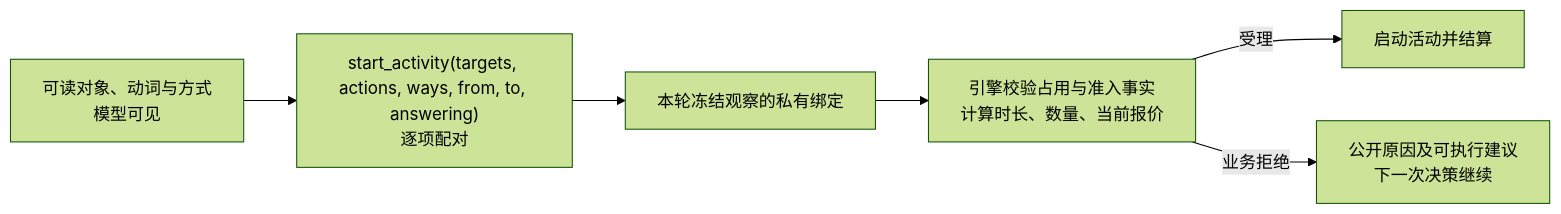
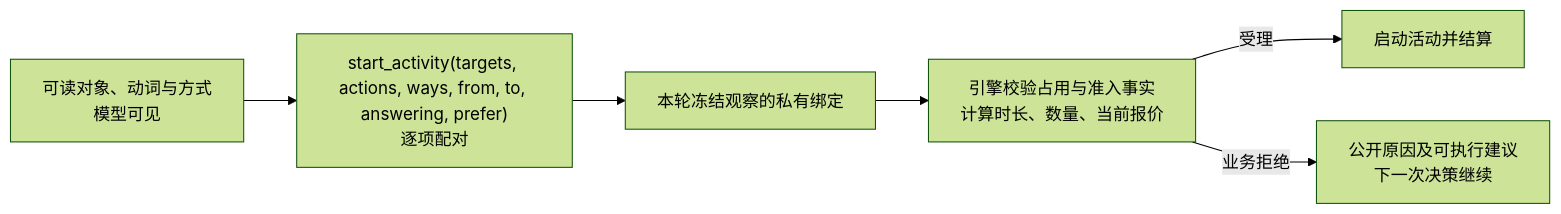
Before and after one commit to HoldThatThgt/WorldMock: the third of 5 diagrams in docs/dev/SPEC-agent-interaction.md, drawn with Mermaid (forest theme). The commit also changed other lines of this file and 11 other files, not shown here.

````diff
--- a/docs/dev/SPEC-agent-interaction.md
+++ b/docs/dev/SPEC-agent-interaction.md
@@ -234,8 +237,8 @@
 ```mermaid
 flowchart LR
-    O["可读对象、动词与方式<br/>模型可见"] --> S["start_activity(targets, actions, ways, from, to, answering)<br/>逐项配对"]
+    O["可读对象、动词与方式<br/>模型可见"] --> S["start_activity(targets, actions, ways, from, to, answering, prefer)<br/>逐项配对"]
     S --> B["本轮冻结观察的私有绑定"]
     B --> V["引擎校验占用与准入事实<br/>计算时长、数量、当前报价"]
     V -->|受理| A["启动活动并结算"]
     V -->|业务拒绝| R["公开原因及可执行建议<br/>下一次决策继续"]
 ```
````
